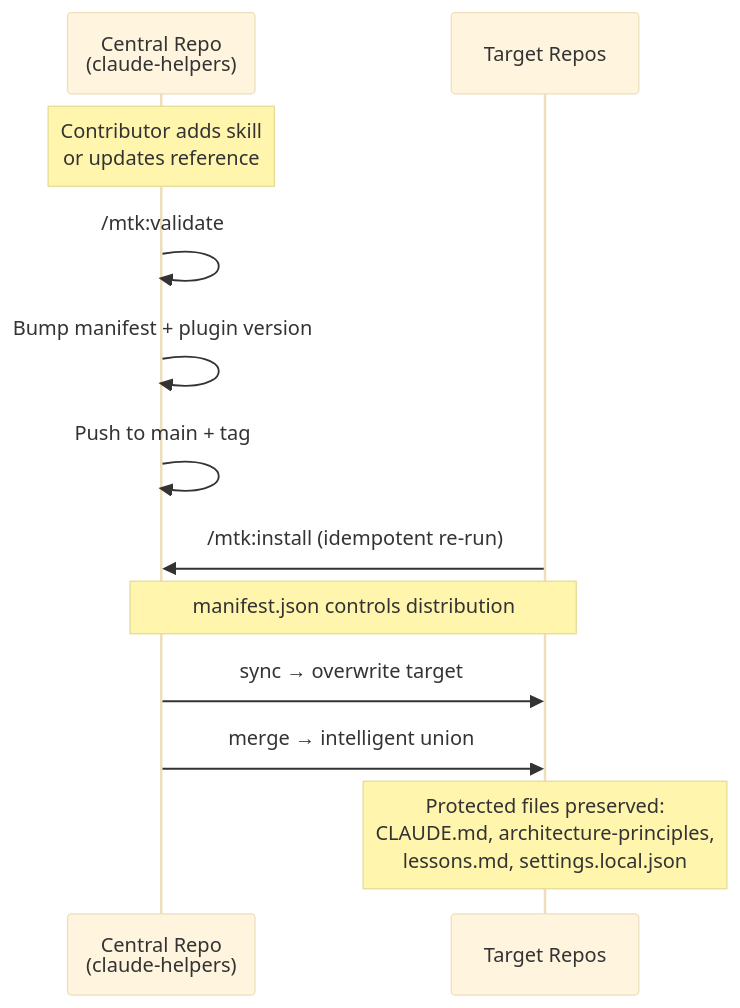
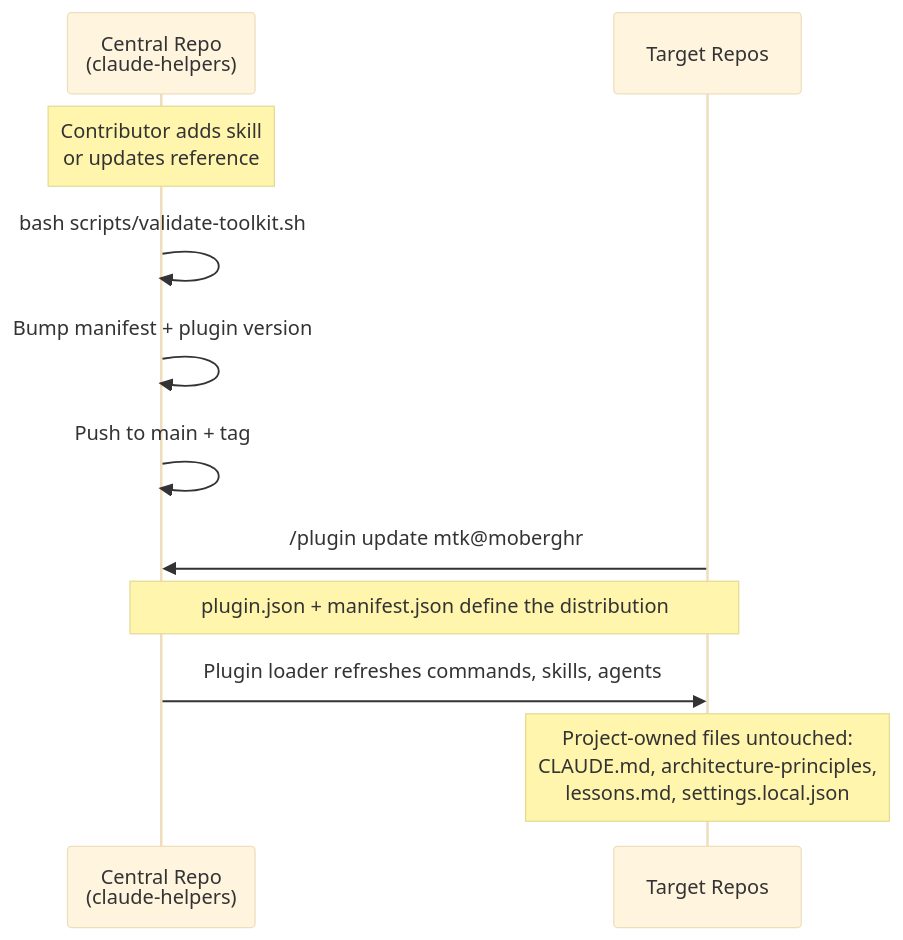
One commit to moberghr/mtk-agent-toolkit changed the eighth of 8 diagrams in README.md. Above: the diagram before and after it, drawn with Mermaid (base theme). The commit also changed other lines of this file and 18 other files, not shown here.

````diff
--- a/README.md
+++ b/README.md
@@ -468,17 +454,16 @@
 ```mermaid
 sequenceDiagram
     participant C as Central Repo<br/>(claude-helpers)
     participant T as Target Repos
 
     Note over C: Contributor adds skill<br/>or updates reference
-    C->>C: /mtk:validate
+    C->>C: bash scripts/validate-toolkit.sh
     C->>C: Bump manifest + plugin version
     C->>C: Push to main + tag
 
-    T->>C: /mtk:install (idempotent re-run)
-    Note over C,T: manifest.json controls distribution
+    T->>C: /plugin update mtk@moberghr
+    Note over C,T: plugin.json + manifest.json define the distribution
 
-    C->>T: sync → overwrite target
-    C->>T: merge → intelligent union
-    Note over T: Protected files preserved:<br/>CLAUDE.md, architecture-principles,<br/>lessons.md, settings.local.json
+    C->>T: Plugin loader refreshes commands, skills, agents
+    Note over T: Project-owned files untouched:<br/>CLAUDE.md, architecture-principles,<br/>lessons.md, settings.local.json
 ```
````
